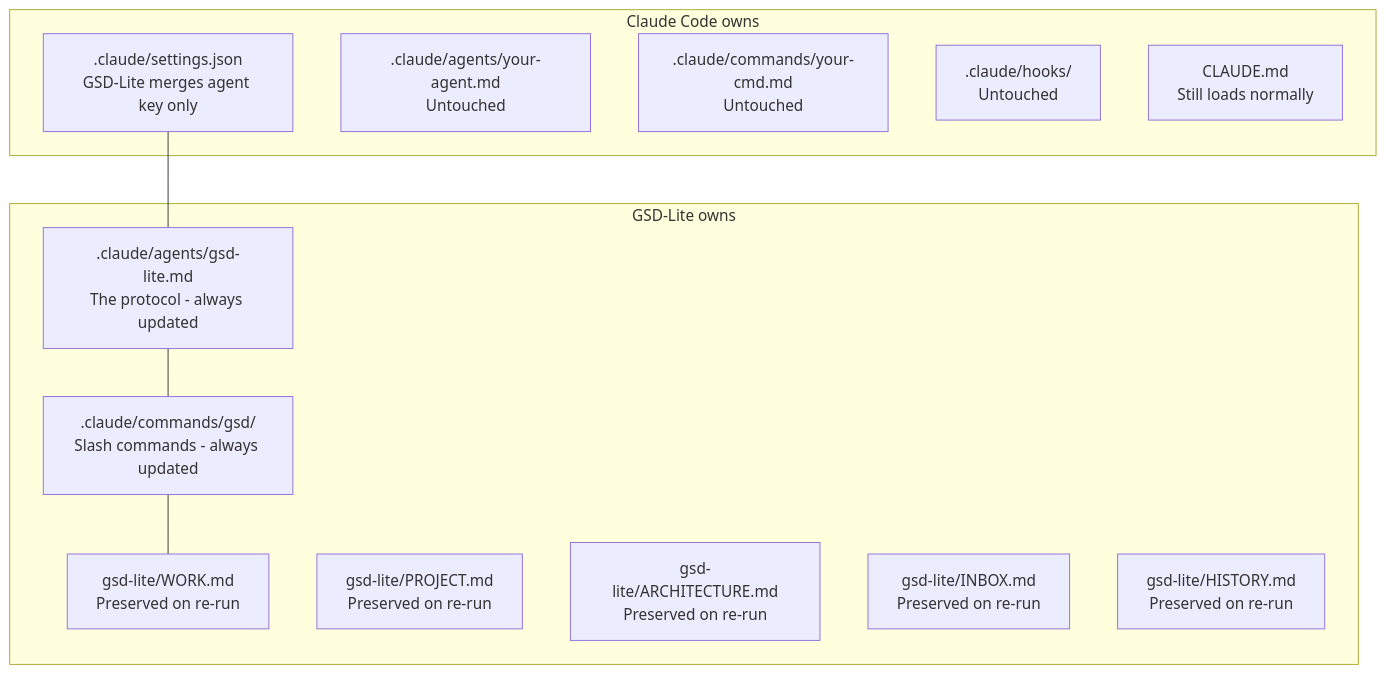
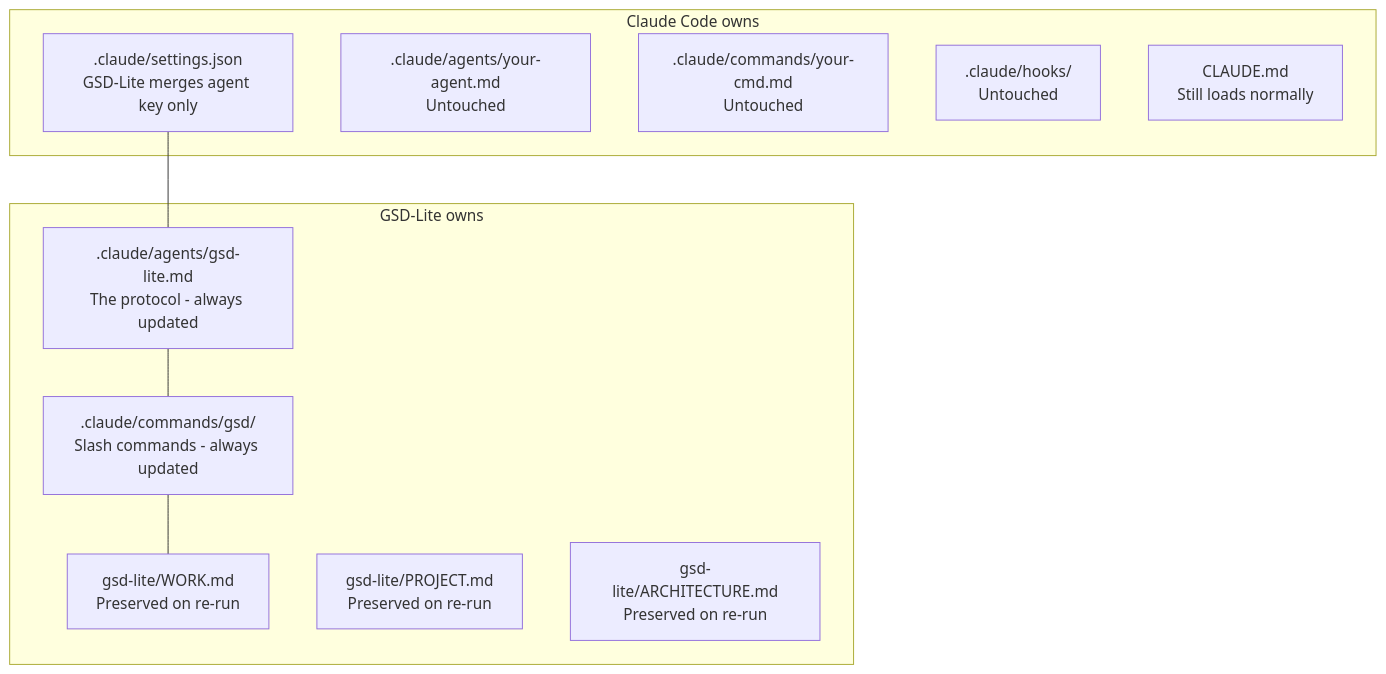
One commit to luutuankiet/gsd-lite changed the second of 8 diagrams in README.md. Above: the diagram before and after it, drawn with Mermaid. The commit also changed other lines of this file and 10 other files, not shown here.

````diff
--- a/README.md
+++ b/README.md
@@ -82,23 +82,21 @@
 ```mermaid
 graph TD
     subgraph Claude Code owns
         S1[.claude/settings.json<br/>GSD-Lite merges agent key only]
         OA[.claude/agents/your-agent.md<br/>Untouched]
         OC[.claude/commands/your-cmd.md<br/>Untouched]
         H[.claude/hooks/<br/>Untouched]
         CM[CLAUDE.md<br/>Still loads normally]
     end
     subgraph GSD-Lite owns
         GA[.claude/agents/gsd-lite.md<br/>The protocol - always updated]
         GC[.claude/commands/gsd/<br/>Slash commands - always updated]
         W[gsd-lite/WORK.md<br/>Preserved on re-run]
         P[gsd-lite/PROJECT.md<br/>Preserved on re-run]
         AR[gsd-lite/ARCHITECTURE.md<br/>Preserved on re-run]
-        I[gsd-lite/INBOX.md<br/>Preserved on re-run]
-        HI[gsd-lite/HISTORY.md<br/>Preserved on re-run]
     end
 
     S1 --- GA
     GA --- GC
     GC --- W
 ```
````
